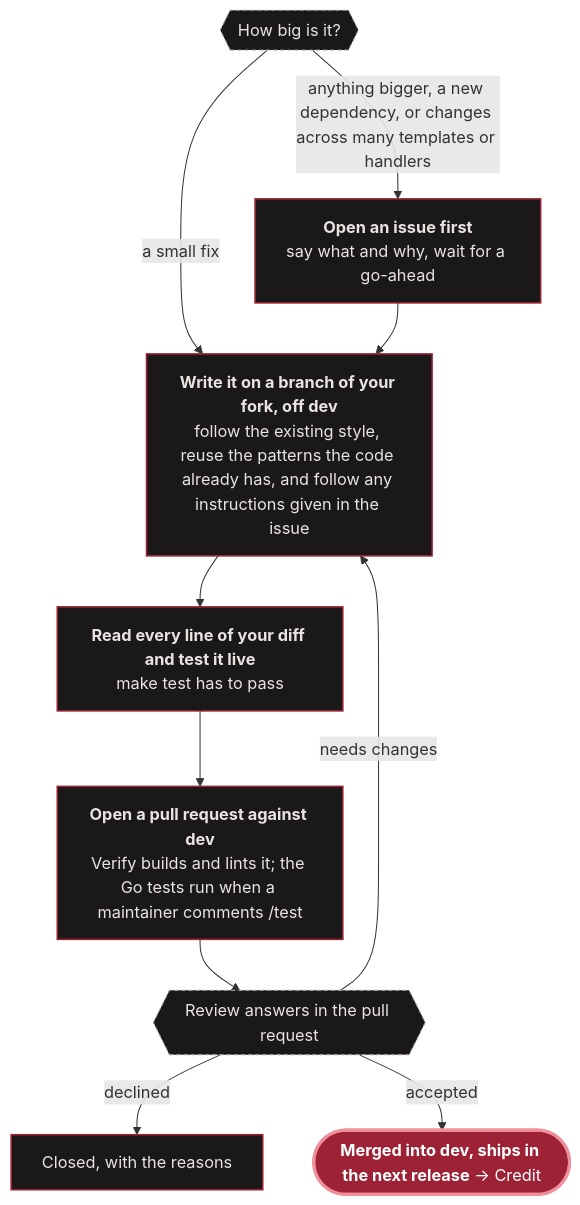
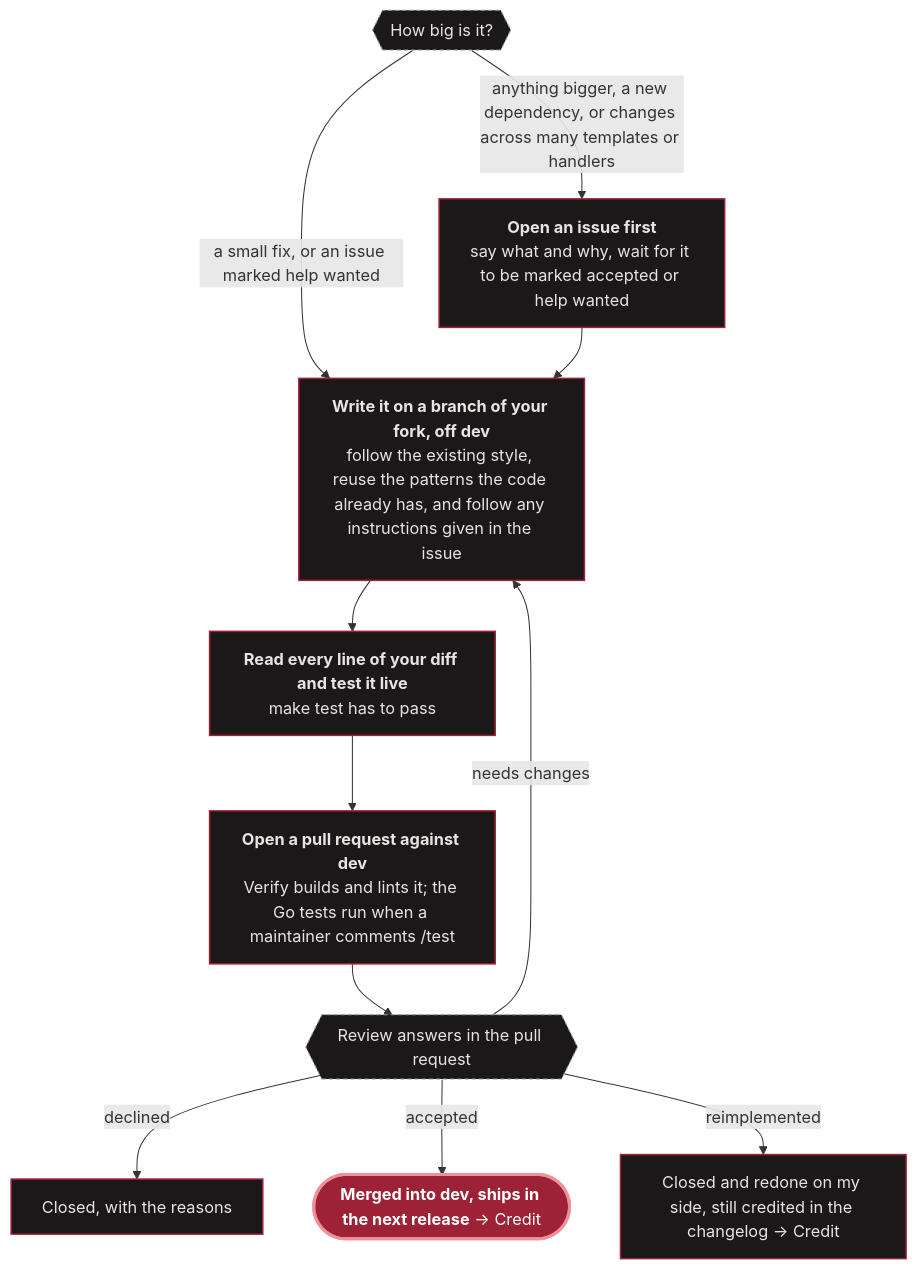
Before and after one commit to monbooru/monbooru: the fourth of 8 diagrams in CONTRIBUTING.md, drawn with Mermaid. The commit also changed other lines of this file, not shown here.

Commit message:
docs(contributing): what the issue labels mean

````diff
--- a/CONTRIBUTING.md
+++ b/CONTRIBUTING.md
@@ -128,33 +130,34 @@
 ```mermaid
 ---
 config:
   layout: dagre
   flowchart:
     wrappingWidth: 220
 ---
 flowchart TD
     size{{"How big is it?"}}
-    size -->|"a small fix"| branch
+    size -->|"a small fix, or an issue marked help wanted"| branch
     size -->|"anything bigger, a new dependency, or changes across many templates or handlers"| ask["`**Open an issue first**
-    say what and why, wait for a go-ahead`"]
+    say what and why, wait for it to be marked accepted or help wanted`"]
     ask --> branch["`**Write it on a branch of your fork, off dev**
     follow the existing style, reuse the patterns the code already has, and follow any instructions given in the issue`"]
     branch --> self["`**Read every line of your diff and test it live**
     make test has to pass`"]
     self --> pr["`**Open a pull request against dev**
     Verify builds and lints it; the Go tests run when a maintainer comments /test`"]
     pr --> review{{"Review answers in the pull request"}}
     review -->|"needs changes"| branch
     review -->|"declined"| declined["`Closed, with the reasons`"]
     review -->|"accepted"| ship(["`**Merged into dev, ships in the next release** → Credit`"])
+    review -->|"reimplemented"| redone["`Closed and redone on my side, still credited in the changelog → Credit`"]
 
     class ship hub;
-    class ask,branch,self,pr,declined step;
+    class ask,branch,self,pr,declined,redone step;
     class size,review ask;
 
     classDef hub  fill:#9d2235,stroke:#ef8f99,stroke-width:3px,color:#ffffff;
     classDef case fill:#3a161c,stroke:#ef8f99,stroke-width:1.5px,color:#ffffff;
     classDef step fill:#1a1818,stroke:#9d2235,stroke-width:1.5px,color:#e8e4e2;
     classDef ask  fill:#1a1818,stroke:#a09898,stroke-width:1px,stroke-dasharray:4 3,color:#e8e4e2;
     classDef repo fill:#1a1818,stroke:#a09898,stroke-width:1px,color:#a09898;
 ```
````
